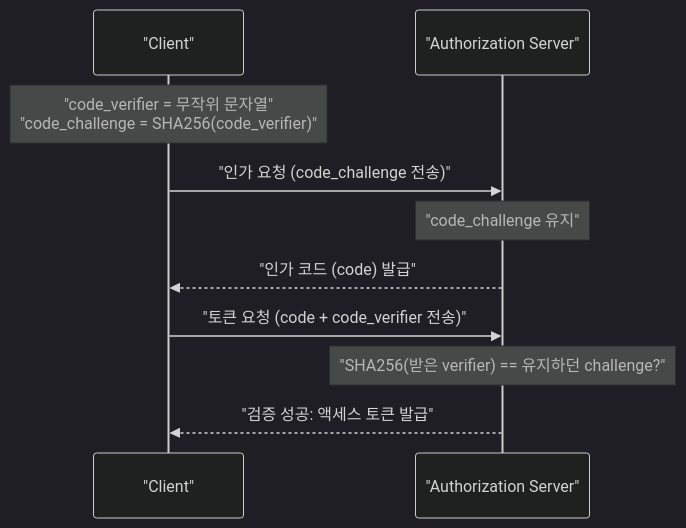
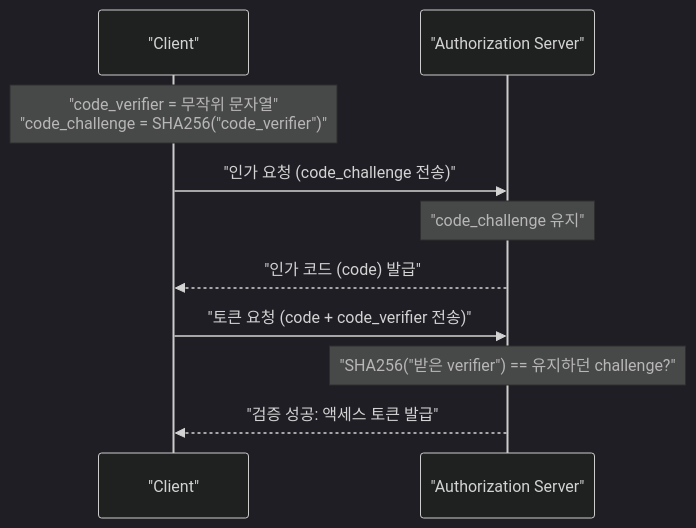
Before and after one commit to kenjinote/blog: the third of 3 diagrams in content/post/oauth2_slack_app/index.ko.md, drawn with Mermaid (dark theme). The commit also changed 929 other files, not shown here.

Commit message:
fix: Add double quotes to all Mermaid node texts to resolve syntax errors

````diff
--- a/content/post/oauth2_slack_app/index.ko.md
+++ b/content/post/oauth2_slack_app/index.ko.md
@@ -329,14 +329,14 @@
 ```mermaid
 sequenceDiagram
     participant C as "Client"
     participant AS as "Authorization Server"
     
-    Note over C: "code_verifier = 무작위 문자열"<br/>"code_challenge = SHA256(code_verifier)"
+    Note over C: "code_verifier = 무작위 문자열"<br/>"code_challenge = SHA256("code_verifier")"
     C->>AS: "인가 요청 (code_challenge 전송)"
     Note over AS: "code_challenge 유지"
     AS-->>C: "인가 코드 (code) 발급"
     
     C->>AS: "토큰 요청 (code + code_verifier 전송)"
-    Note over AS: "SHA256(받은 verifier) == 유지하던 challenge?"
+    Note over AS: "SHA256("받은 verifier") == 유지하던 challenge?"
     AS-->>C: "검증 성공: 액세스 토큰 발급"
 ```
````
